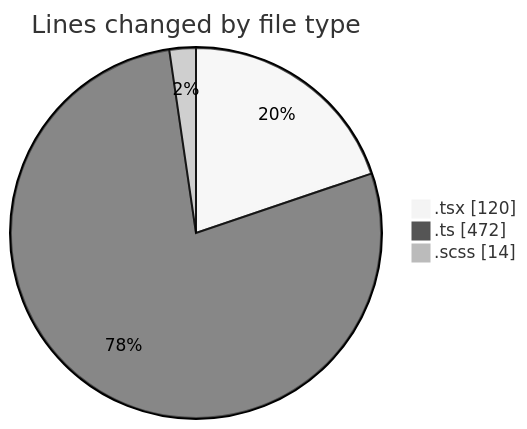
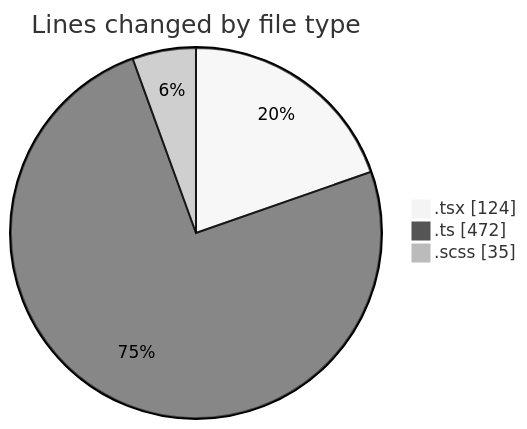
Before and after one commit to momahboobian/code-tracking: the first of 2 diagrams in 2025-10-07/cda/README.md, drawn with Mermaid (neutral theme). The commit also changed other lines of this file and 1 other file, not shown here.

````diff
--- a/2025-10-07/cda/README.md
+++ b/2025-10-07/cda/README.md
@@ -26,7 +27,7 @@
 ```mermaid
 pie showData
 title Lines changed by file type
-".tsx" : 120
+".tsx" : 124
 ".ts" : 472
-".scss" : 14
+".scss" : 35
 ```
````
